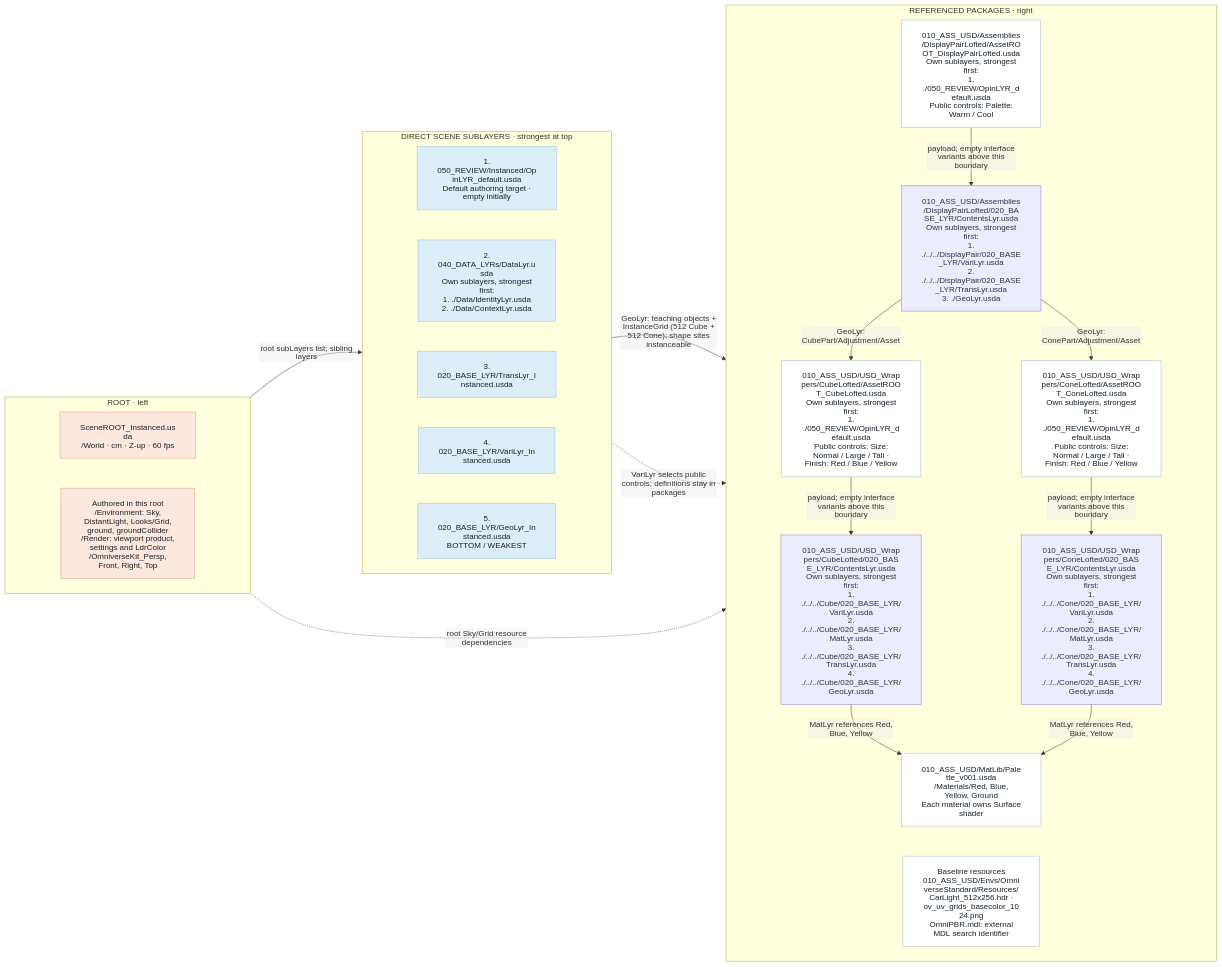
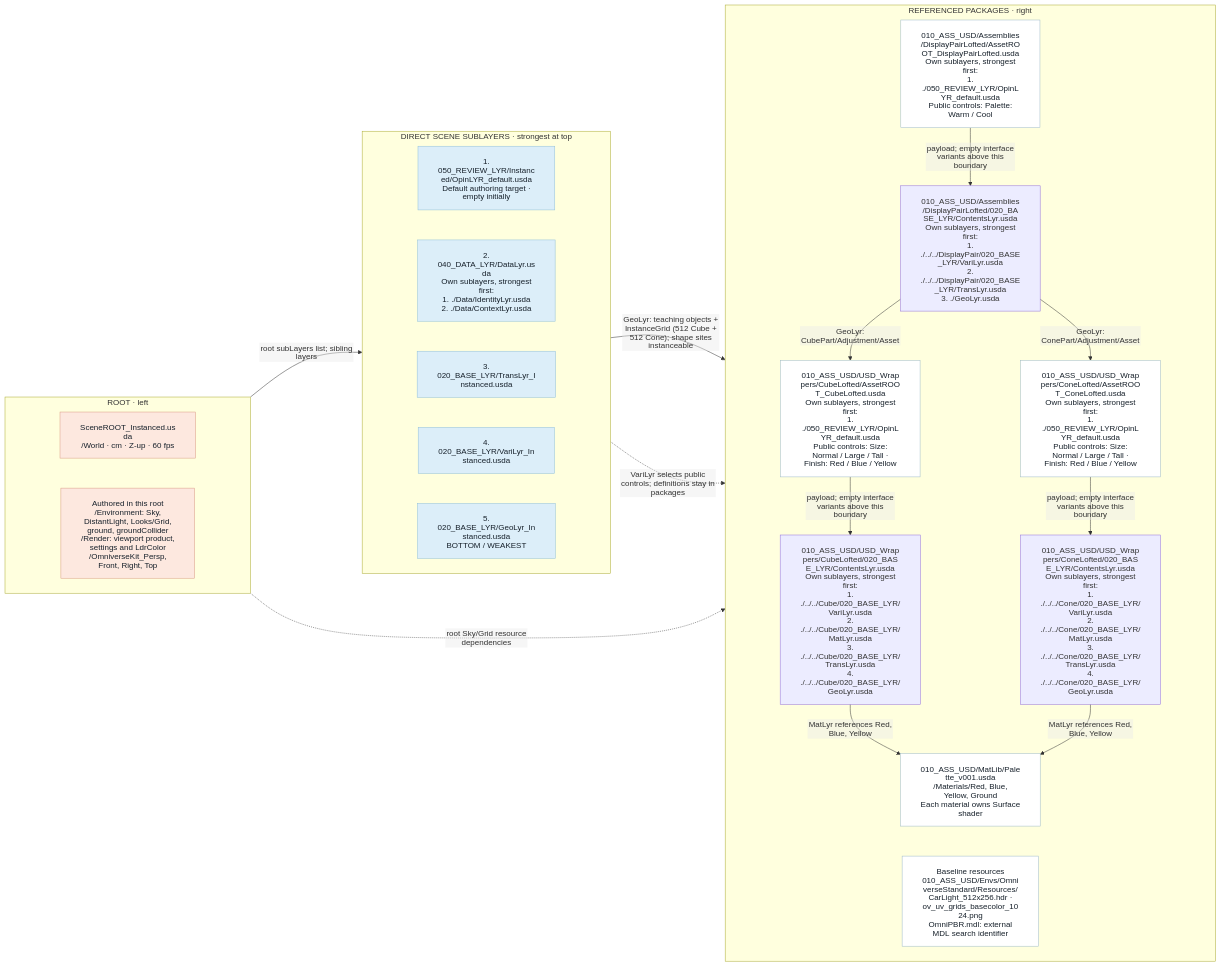
Before and after one commit to jph2/OpenUSD_GoodStart_CompositionContract: diagram 11 of 15 in examples/01_LayeredScene/README.md, drawn with Mermaid. The commit also changed other lines of this file and 149 other files, not shown here.

````diff
--- a/examples/01_LayeredScene/README.md
+++ b/examples/01_LayeredScene/README.md
@@ -962,51 +918,51 @@
 ```mermaid
 %%{init: {"htmlLabels": false, "themeVariables": {"fontFamily": "Arial, sans-serif"}, "flowchart": {"htmlLabels": false, "padding": 20, "nodeSpacing": 200, "rankSpacing": 35, "diagramPadding": 20}}}%%
 flowchart LR
     subgraph ENTRY["ROOT · left"]
         direction TB
         R["SceneROOT_Instanced.usda<br/>/World · cm · Z-up · 60 fps"]
         B["Authored in this root<br/>/Environment: Sky, DistantLight, Looks/Grid, ground, groundCollider<br/>/Render: viewport product, settings and LdrColor<br/>/OmniverseKit_Persp, Front, Right, Top"]
         R ~~~ B
     end
     subgraph STACK["DIRECT SCENE SUBLAYERS · strongest at top"]
         direction TB
-        L0["1. 050_REVIEW/Instanced/OpinLYR_default.usda<br/>Default authoring target · empty initially"]
-        L1["2. 040_DATA_LYRs/DataLyr.usda<br/>Own sublayers, strongest first:<br/>1. ./Data/IdentityLyr.usda<br/>2. ./Data/ContextLyr.usda"]
+        L0["1. 050_REVIEW_LYR/Instanced/OpinLYR_default.usda<br/>Default authoring target · empty initially"]
+        L1["2. 040_DATA_LYR/DataLyr.usda<br/>Own sublayers, strongest first:<br/>1. ./Data/IdentityLyr.usda<br/>2. ./Data/ContextLyr.usda"]
         L0 ~~~ L1
         L2["3. 020_BASE_LYR/TransLyr_Instanced.usda"]
         L1 ~~~ L2
         L3["4. 020_BASE_LYR/VariLyr_Instanced.usda"]
         L2 ~~~ L3
         L4["5. 020_BASE_LYR/GeoLyr_Instanced.usda<br/>BOTTOM / WEAKEST"]
         L3 ~~~ L4
     end
     subgraph SOURCES["REFERENCED PACKAGES · right"]
         direction TB
-        PAIR["010_ASS_USD/Assemblies/DisplayPairLofted/AssetROOT_DisplayPairLofted.usda<br/>Own sublayers, strongest first:<br/>1. ./050_REVIEW/OpinLYR_default.usda<br/>Public controls: Palette: Warm / Cool"]
+        PAIR["010_ASS_USD/Assemblies/DisplayPairLofted/AssetROOT_DisplayPairLofted.usda<br/>Own sublayers, strongest first:<br/>1. ./050_REVIEW_LYR/OpinLYR_default.usda<br/>Public controls: Palette: Warm / Cool"]
         PAIRC["010_ASS_USD/Assemblies/DisplayPairLofted/020_BASE_LYR/ContentsLyr.usda<br/>Own sublayers, strongest first:<br/>1. ./../../DisplayPair/020_BASE_LYR/VariLyr.usda<br/>2. ./../../DisplayPair/020_BASE_LYR/TransLyr.usda<br/>3. ./GeoLyr.usda"]
         PAIR -->|"payload; empty interface variants above this boundary"| PAIRC
-        CUBE["010_ASS_USD/USD_Wrappers/CubeLofted/AssetROOT_CubeLofted.usda<br/>Own sublayers, strongest first:<br/>1. ./050_REVIEW/OpinLYR_default.usda<br/>Public controls: Size: Normal / Large / Tall · Finish: Red / Blue / Yellow"]
+        CUBE["010_ASS_USD/USD_Wrappers/CubeLofted/AssetROOT_CubeLofted.usda<br/>Own sublayers, strongest first:<br/>1. ./050_REVIEW_LYR/OpinLYR_default.usda<br/>Public controls: Size: Normal / Large / Tall · Finish: Red / Blue / Yellow"]
         CUBEC["010_ASS_USD/USD_Wrappers/CubeLofted/020_BASE_LYR/ContentsLyr.usda<br/>Own sublayers, strongest first:<br/>1. ./../../Cube/020_BASE_LYR/VariLyr.usda<br/>2. ./../../Cube/020_BASE_LYR/MatLyr.usda<br/>3. ./../../Cube/020_BASE_LYR/TransLyr.usda<br/>4. ./../../Cube/020_BASE_LYR/GeoLyr.usda"]
         CUBE -->|"payload; empty interface variants above this boundary"| CUBEC
-        CONE["010_ASS_USD/USD_Wrappers/ConeLofted/AssetROOT_ConeLofted.usda<br/>Own sublayers, strongest first:<br/>1. ./050_REVIEW/OpinLYR_default.usda<br/>Public controls: Size: Normal / Large / Tall · Finish: Red / Blue / Yellow"]
+        CONE["010_ASS_USD/USD_Wrappers/ConeLofted/AssetROOT_ConeLofted.usda<br/>Own sublayers, strongest first:<br/>1. ./050_REVIEW_LYR/OpinLYR_default.usda<br/>Public controls: Size: Normal / Large / Tall · Finish: Red / Blue / Yellow"]
         CONEC["010_ASS_USD/USD_Wrappers/ConeLofted/020_BASE_LYR/ContentsLyr.usda<br/>Own sublayers, strongest first:<br/>1. ./../../Cone/020_BASE_LYR/VariLyr.usda<br/>2. ./../../Cone/020_BASE_LYR/MatLyr.usda<br/>3. ./../../Cone/020_BASE_LYR/TransLyr.usda<br/>4. ./../../Cone/020_BASE_LYR/GeoLyr.usda"]
         CONE -->|"payload; empty interface variants above this boundary"| CONEC
         MAT["010_ASS_USD/MatLib/Palette_v001.usda<br/>/Materials/Red, Blue, Yellow, Ground<br/>Each material owns Surface shader"]
         RES["Baseline resources<br/>010_ASS_USD/Envs/OmniverseStandard/Resources/<br/>CarLight_512x256.hdr · ov_uv_grids_basecolor_1024.png<br/>OmniPBR.mdl: external MDL search identifier"]
         PAIRC -->|"GeoLyr: CubePart/Adjustment/Asset"| CUBE
         PAIRC -->|"GeoLyr: ConePart/Adjustment/Asset"| CONE
         CUBEC -->|"MatLyr references Red, Blue, Yellow"| MAT
         CONEC -->|"MatLyr references Red, Blue, Yellow"| MAT
         MAT ~~~ RES
     end
     ENTRY -->|"root subLayers list; sibling layers"| STACK
     STACK -->|"GeoLyr: teaching objects + InstanceGrid (512 Cube + 512 Cone); shape sites instanceable"| SOURCES
     STACK -.->|"VariLyr selects public controls; definitions stay in packages"| SOURCES
     ENTRY -.->|"root Sky/Grid resource dependencies"| SOURCES
     classDef ccRoot fill:#fde8df,stroke:#d99b84,color:#17212b
     classDef layer fill:#dceef9,stroke:#91bfd8,color:#17212b
     classDef asset fill:#ffffff,stroke:#9db9c8,color:#17212b
     class R,B ccRoot
     class L0,L1,L2,L3,L4 layer
     class PAIR,CUBE,CONE,MAT,RES asset
 ```
````
